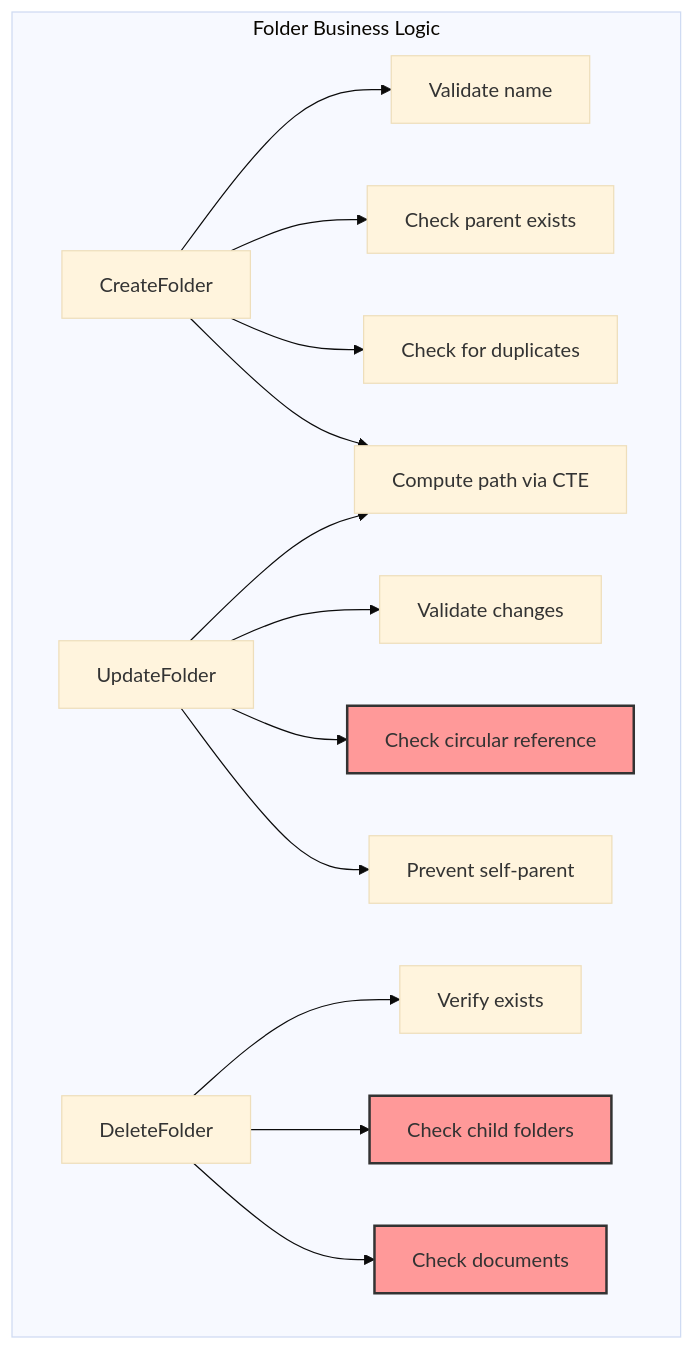
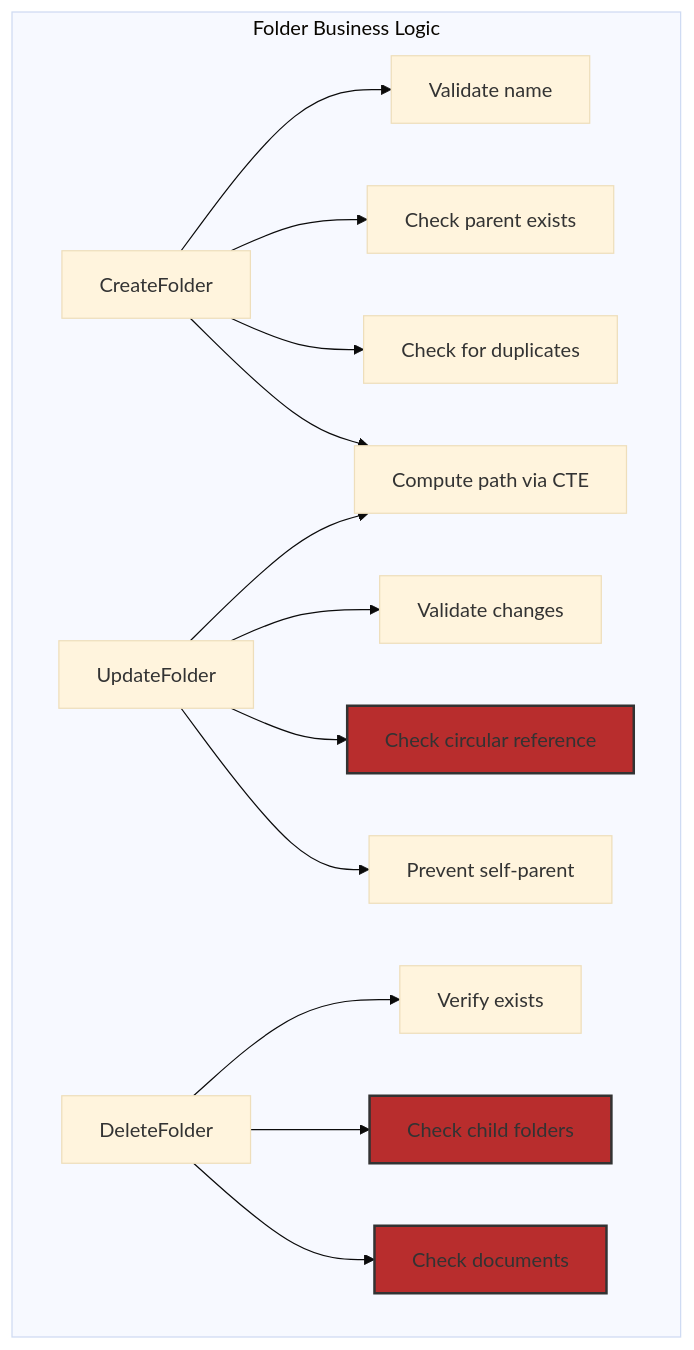
Before and after one commit to haowjy/meridian: the seventh of 13 diagrams in _docs/technical/backend/clean-architecture-guide.md, drawn with Mermaid (base theme). The commit also changed other lines of this file and 40 other files, not shown here.

````diff
--- a/_docs/technical/backend/clean-architecture-guide.md
+++ b/_docs/technical/backend/clean-architecture-guide.md
@@ -368,26 +368,26 @@
 ```mermaid
 graph TB
     subgraph "Folder Business Logic"
         Create[CreateFolder]
         Update[UpdateFolder]
         Delete[DeleteFolder]
 
         Create --> V1[Validate name]
         Create --> V2[Check parent exists]
         Create --> V3[Check for duplicates]
         Create --> CP[Compute path via CTE]
 
         Update --> V4[Validate changes]
         Update --> V5[Check circular reference]
         Update --> V6[Prevent self-parent]
         Update --> CP
 
         Delete --> V7[Verify exists]
         Delete --> V8[Check child folders]
         Delete --> V9[Check documents]
     end
 
-    style V5 fill:#f99,stroke:#333,stroke-width:2px
-    style V8 fill:#f99,stroke:#333,stroke-width:2px
-    style V9 fill:#f99,stroke:#333,stroke-width:2px
+    style V5 fill:#b82d2d,stroke:#333,stroke-width:2px
+    style V8 fill:#b82d2d,stroke:#333,stroke-width:2px
+    style V9 fill:#b82d2d,stroke:#333,stroke-width:2px
 ```
````
